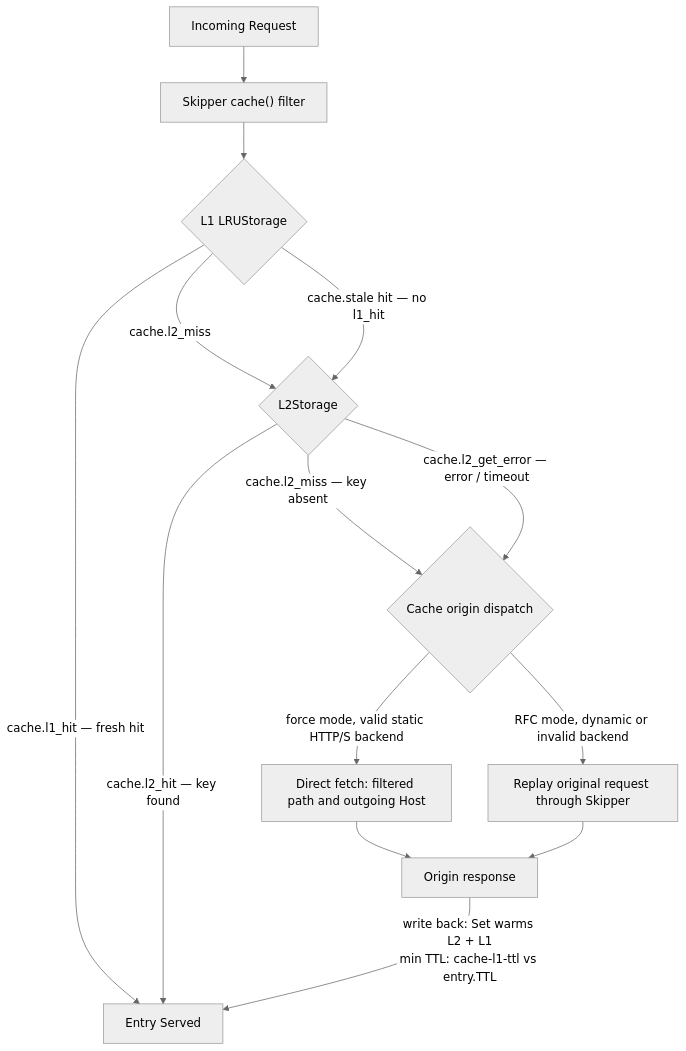
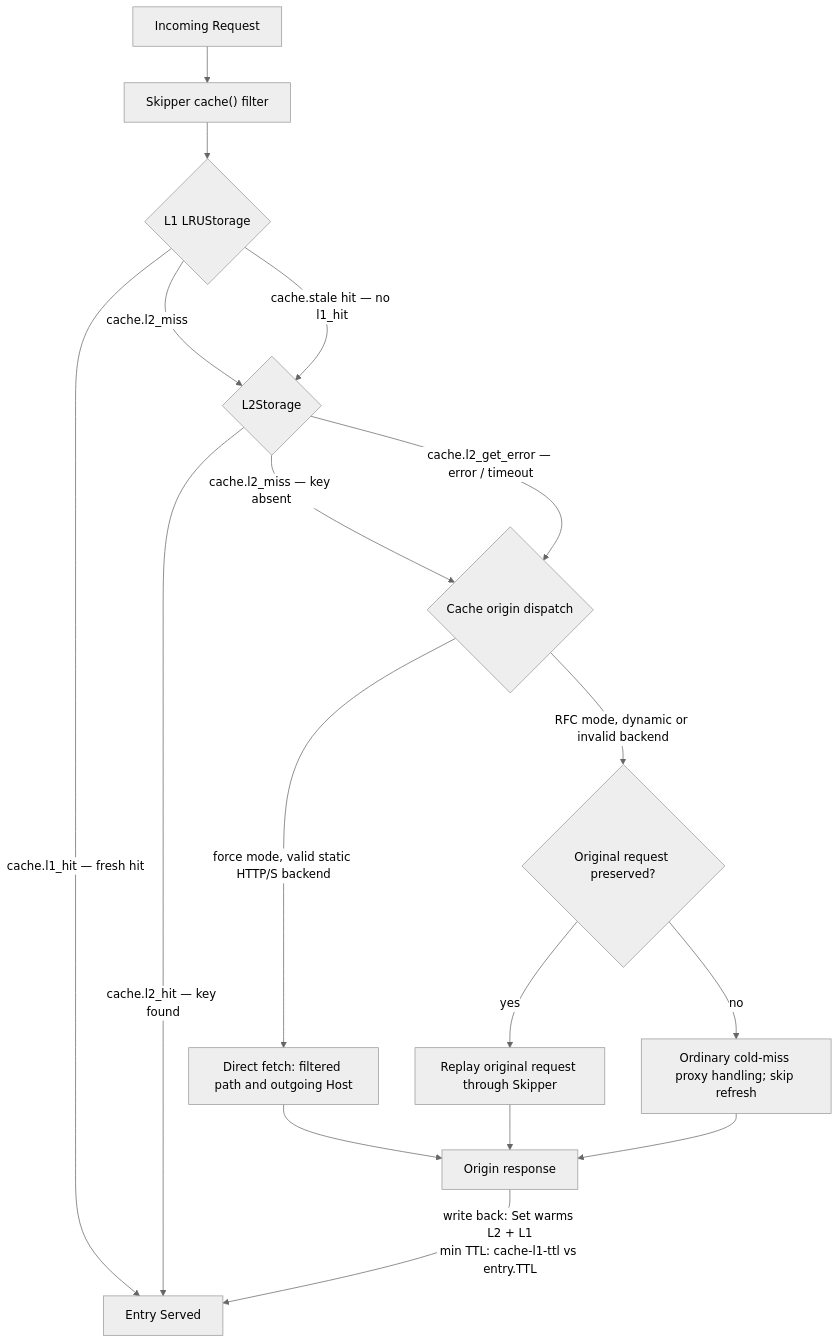
The diagram in docs/operation/operation.md (zalando/skipper), drawn with Mermaid (neutral theme) before and after one commit. The commit also changed other lines of this file and 5 other files, not shown here.

Commit message:
cache: fall back safely when original replay is unavailable

````diff
--- a/docs/operation/operation.md
+++ b/docs/operation/operation.md
@@ -2112,16 +2112,19 @@
 ```mermaid
 flowchart TD
     A[Incoming Request] --> B["Skipper cache() filter"]
     B --> C{L1 LRUStorage}
     C -->|cache.l1_hit — fresh hit| S[Entry Served]
     C -->|cache.l2_miss| D{L2Storage}
     C -->|cache.stale hit — no l1_hit| D
     D -->|cache.l2_hit — key found| S
     D -->|cache.l2_miss — key absent| E{Cache origin dispatch}
     D -->|cache.l2_get_error — error / timeout| E
     E -->|force mode, valid static HTTP/S backend| F[Direct fetch: filtered path and outgoing Host]
-    E -->|RFC mode, dynamic or invalid backend| G[Replay original request through Skipper]
+    E -->|RFC mode, dynamic or invalid backend| I{Original request preserved?}
+    I -->|yes| G[Replay original request through Skipper]
+    I -->|no| J[Ordinary cold-miss proxy handling; skip refresh]
     F --> H[Origin response]
     G --> H
+    J --> H
     H -->|write back: Set warms L2 + L1<br/>min TTL: cache-l1-ttl vs entry.TTL| S
 ```
````
